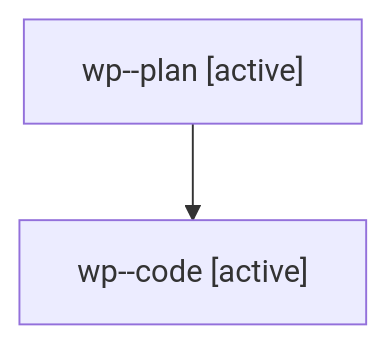
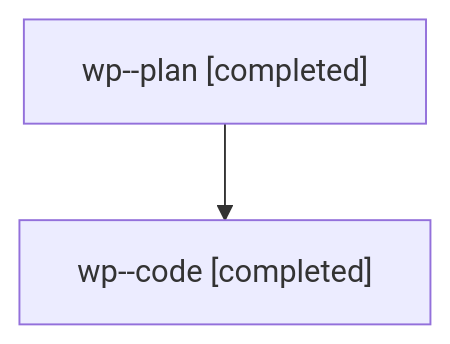
Before and after one commit to sase-org/sase--agents: the diagram in families/bbugyi200.athena.wp.md, drawn with Mermaid. The commit also changed other lines of this file and 1497 other files, not shown here.

````diff
--- a/families/bbugyi200.athena.wp.md
+++ b/families/bbugyi200.athena.wp.md
@@ -9,6 +9,6 @@
 ```mermaid
 flowchart TD
-  n0["wp--plan [active]"]
-  n1["wp--code [active]"]
+  n0["wp--plan [completed]"]
+  n1["wp--code [completed]"]
   n0 --> n1
 ```
````
